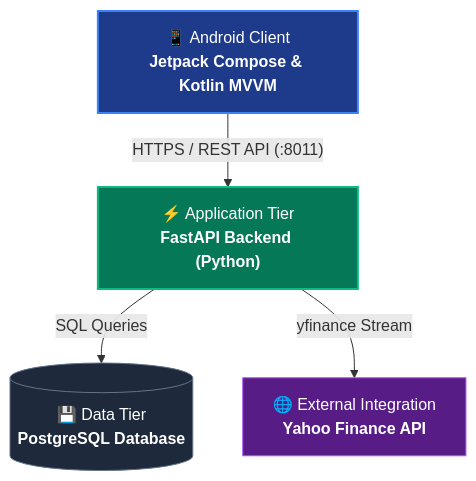
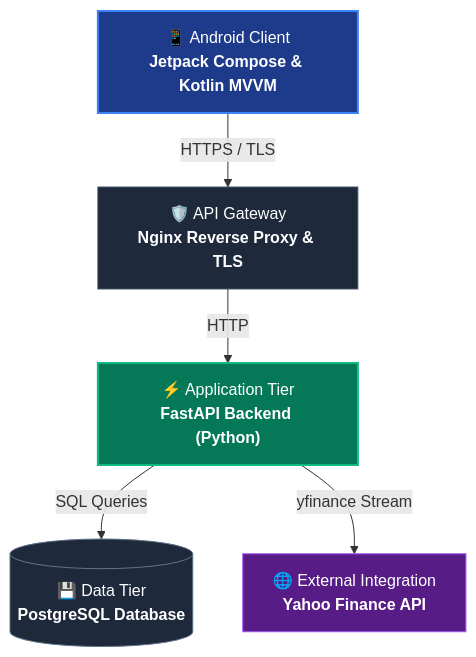
The first of 2 diagrams in content/projects/alphatracer-mobile/index.en.md (sebian-lab/sebian-lab.github.io), drawn with Mermaid before and after one commit. The commit also changed other lines of this file and 15 other files, not shown here.

```diff
--- a/content/projects/alphatracer-mobile/index.en.md
+++ b/content/projects/alphatracer-mobile/index.en.md
@@ -70,16 +70,19 @@
 {{< mermaid >}}
 graph TD
     Client["📱 Android Client<br><b>Jetpack Compose & Kotlin MVVM</b>"]
+    Gateway["🛡️ API Gateway<br><b>Nginx Reverse Proxy & TLS</b>"]
     Backend["⚡ Application Tier<br><b>FastAPI Backend (Python)</b>"]
     DB[("💾 Data Tier<br><b>PostgreSQL Database</b>")]
     Finance["🌐 External Integration<br><b>Yahoo Finance API</b>"]
 
-    Client -->|"HTTPS / REST API (:8011)"| Backend
+    Client -->|"HTTPS / TLS"| Gateway
+    Gateway -->|"HTTP"| Backend
     Backend -->|"SQL Queries"| DB
     Backend -->|"yfinance Stream"| Finance
 
     style Client fill:#1e3a8a,stroke:#3b82f6,stroke-width:2px,color:#fff
+    style Gateway fill:#1e293b,stroke:#475569,stroke-width:1px,color:#fff
     style Backend fill:#047857,stroke:#10b981,stroke-width:2px,color:#fff
     style DB fill:#1e293b,stroke:#64748b,stroke-width:1px,color:#fff
     style Finance fill:#581c87,stroke:#a855f7,stroke-width:1px,color:#fff
 {{< /mermaid >}}
```
